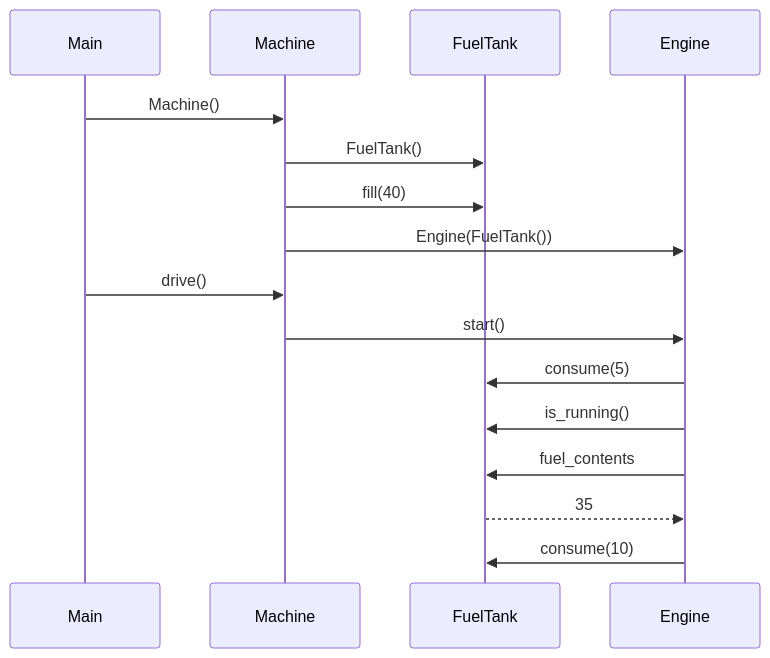
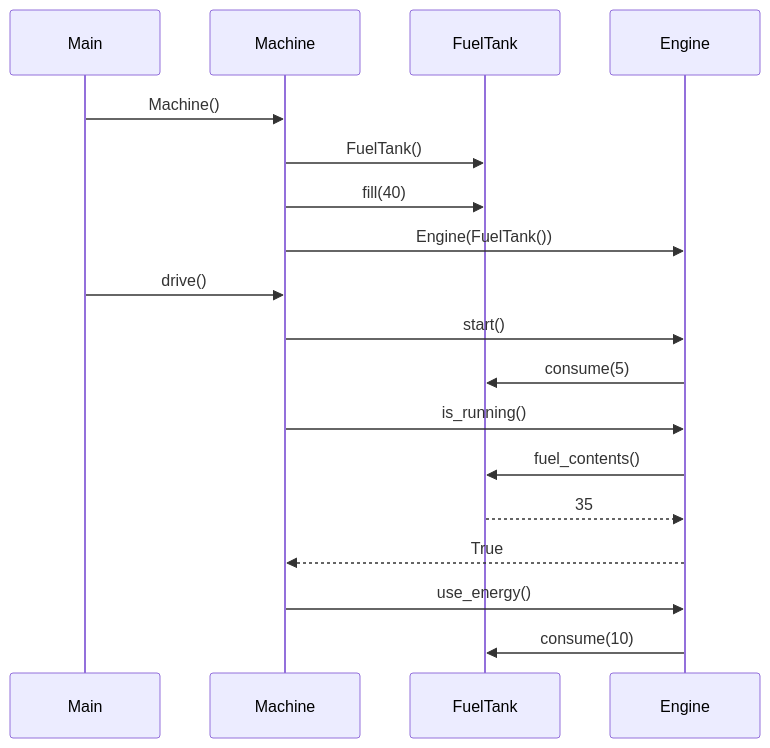
Before and after one commit to phuvio/ot-harjoitustyo: the diagram in laskarit/viikko3/sekvenssikaavio.md, drawn with Mermaid.

````diff
--- a/laskarit/viikko3/sekvenssikaavio.md
+++ b/laskarit/viikko3/sekvenssikaavio.md
@@ -3,18 +3,20 @@
 ```mermaid
  sequenceDiagram
    participant P as Main
    participant M as Machine
    participant F as FuelTank
    participant E as Engine
    P->>M: Machine()
    M->>F: FuelTank()
    M->>F: fill(40)
    M->>E: Engine(FuelTank())
    P->>M: drive()
    M->>E: start()
    E->>F: consume(5)
-   E->>F: is_running()
-   E->>F:fuel_contents
+   M->>E: is_running()
+   E->>F:fuel_contents()
    F-->>E: 35
+   E-->>M: True
+   M->>E: use_energy()
    E->>F: consume(10)
 ```
````
